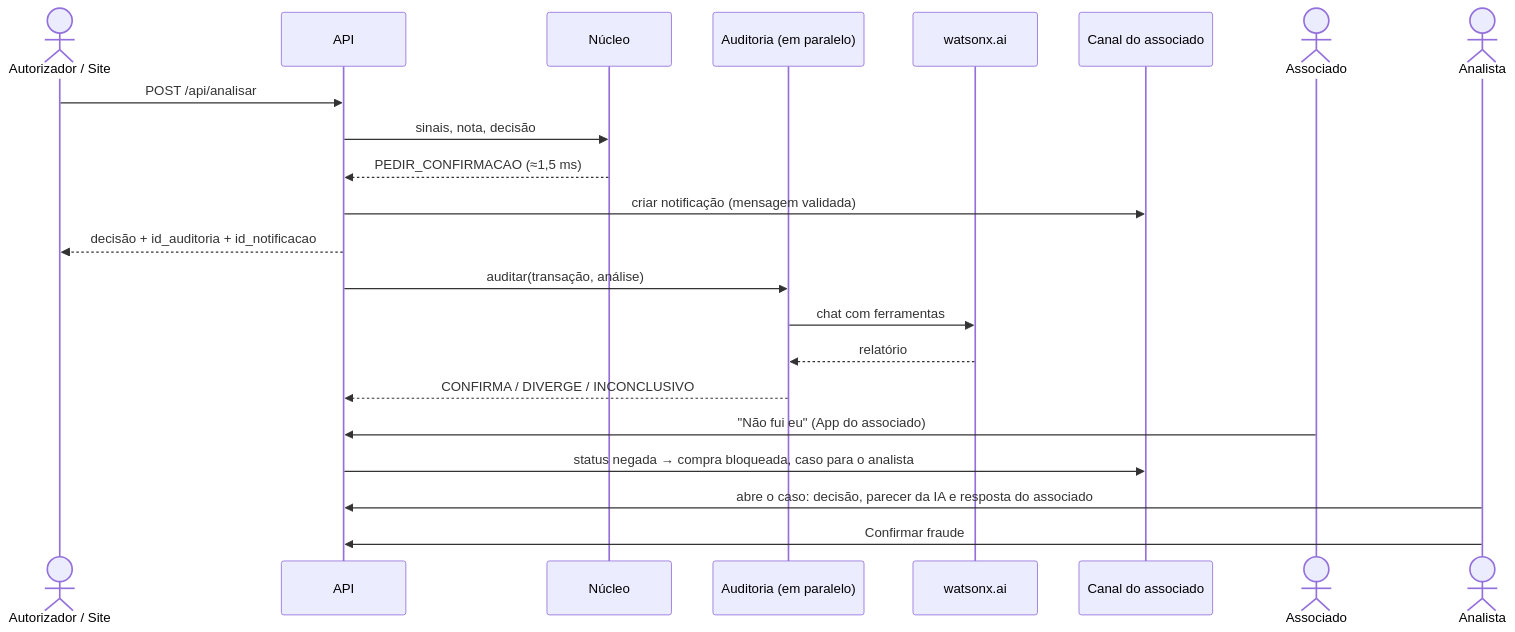
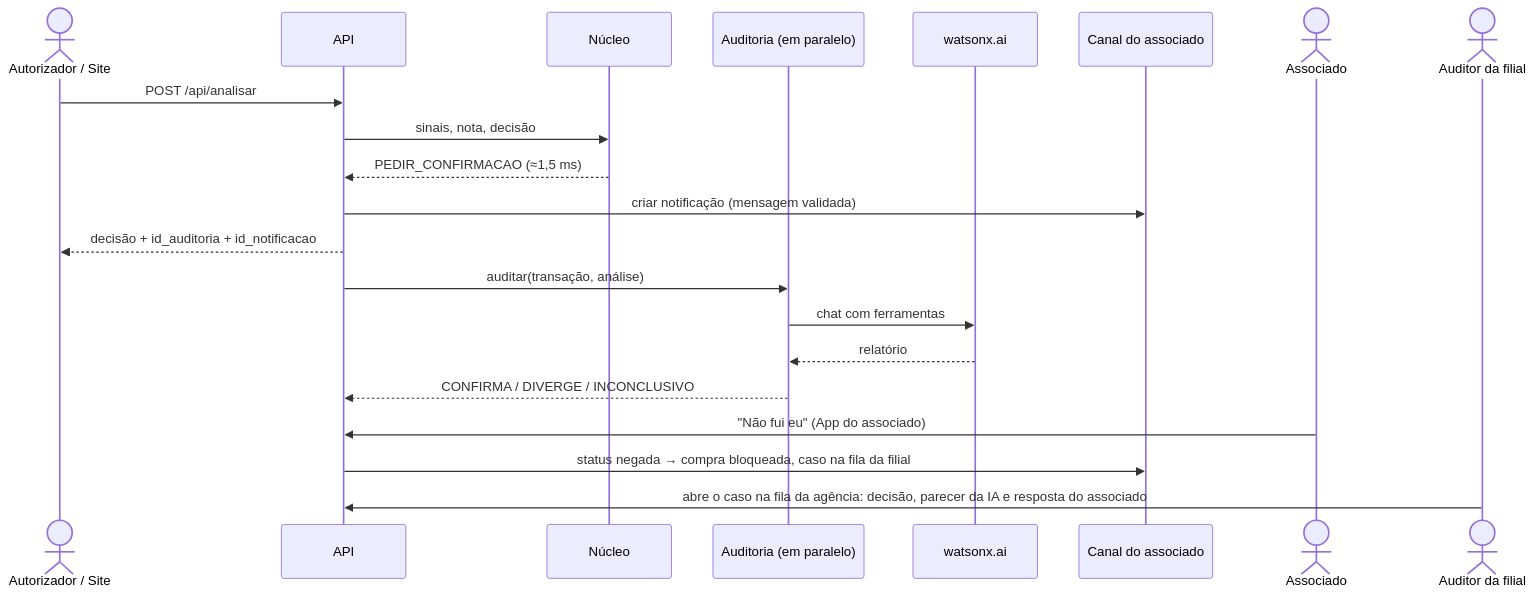
The second of 2 diagrams in docs/arquitetura.md (PedroMLegnaghi/Sentinela_IBM_SkillsBuildAILab_Sicredi_challenge), drawn with Mermaid before and after one commit. The commit also changed other lines of this file and 1 other file, not shown here.

````diff
--- a/docs/arquitetura.md
+++ b/docs/arquitetura.md
@@ -51,25 +60,24 @@
 ```mermaid
 sequenceDiagram
     actor C as Autorizador / Site
     participant A as API
     participant N as Núcleo
     participant T as Auditoria (em paralelo)
     participant W as watsonx.ai
     participant S as Canal do associado
     actor P as Associado
-    actor AN as Analista
+    actor AN as Auditor da filial
 
     C->>A: POST /api/analisar
     A->>N: sinais, nota, decisão
     N-->>A: PEDIR_CONFIRMACAO (≈1,5 ms)
     A->>S: criar notificação (mensagem validada)
     A-->>C: decisão + id_auditoria + id_notificacao
     A->>T: auditar(transação, análise)
     T->>W: chat com ferramentas
     W-->>T: relatório
     T-->>A: CONFIRMA / DIVERGE / INCONCLUSIVO
     P->>A: "Não fui eu" (App do associado)
-    A->>S: status negada → compra bloqueada, caso para o analista
-    AN->>A: abre o caso: decisão, parecer da IA e resposta do associado
-    AN->>A: Confirmar fraude
+    A->>S: status negada → compra bloqueada, caso na fila da filial
+    AN->>A: abre o caso na fila da agência: decisão, parecer da IA e resposta do associado
 ```
````
